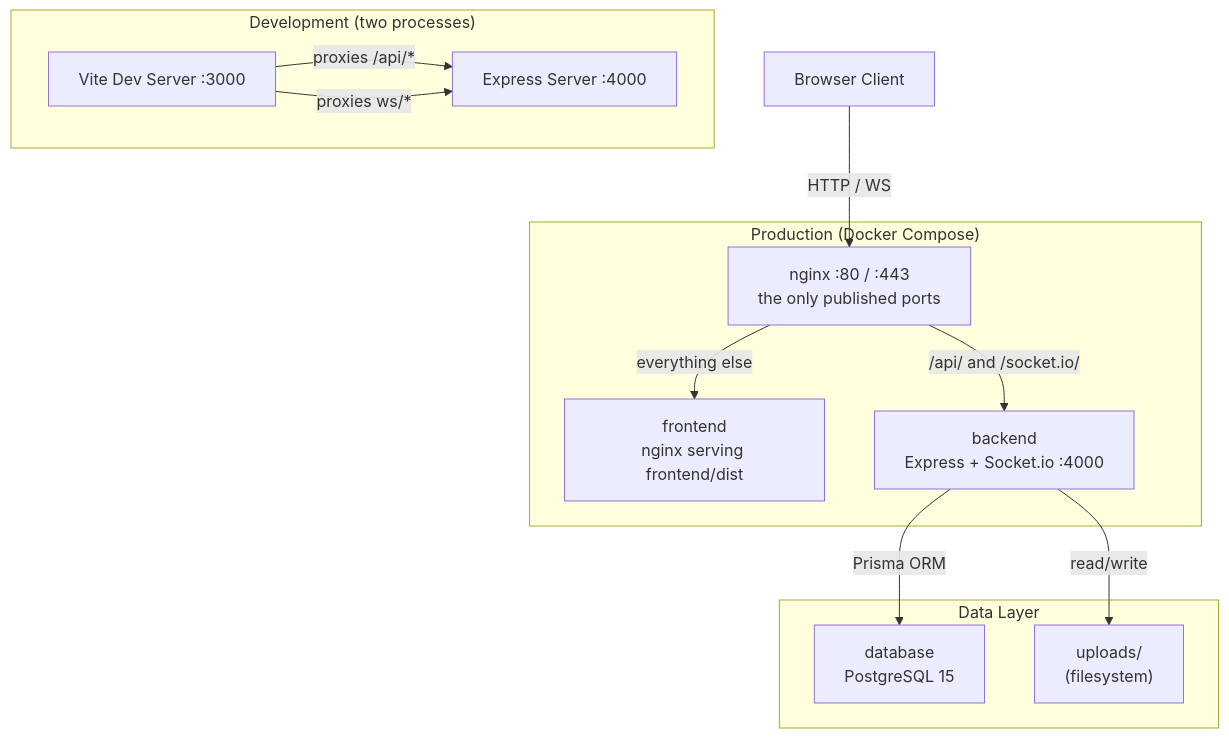
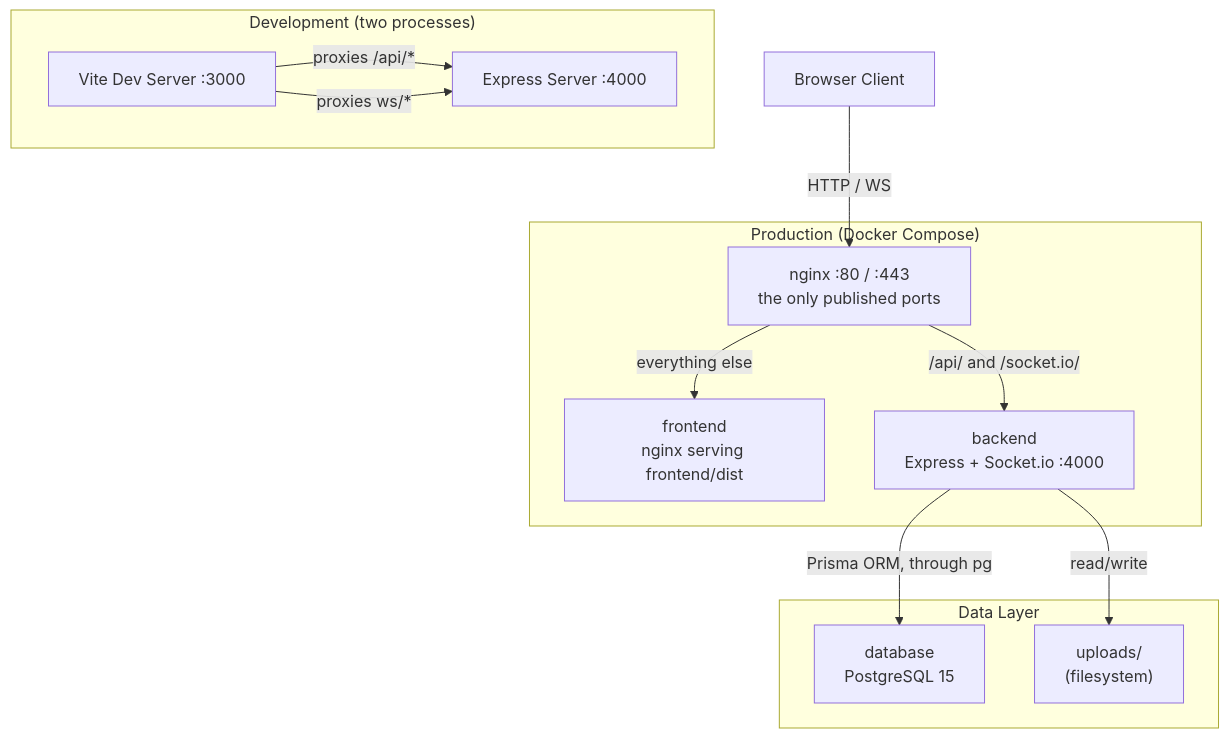
One commit to CheekyChinchilla/CozyVTT changed the first of 6 diagrams in docs/ARCHITECTURE.md. Above: the diagram before and after it, drawn with Mermaid. The commit also changed other lines of this file and 35 other files, not shown here.

````diff
--- a/docs/ARCHITECTURE.md
+++ b/docs/ARCHITECTURE.md
@@ -25,28 +25,28 @@
 ```mermaid
 graph TB
     Browser["Browser Client"]
 
     subgraph Production["Production (Docker Compose)"]
         Nginx["nginx :80 / :443\nthe only published ports"]
         Frontend["frontend\nnginx serving frontend/dist"]
         Backend["backend\nExpress + Socket.io :4000"]
         Nginx -- "/api/ and /socket.io/" --> Backend
         Nginx -- "everything else" --> Frontend
     end
 
     subgraph Development["Development (two processes)"]
         ViteDev["Vite Dev Server :3000"]
         BackendDev["Express Server :4000"]
         ViteDev -- proxies /api/* --> BackendDev
         ViteDev -- proxies ws/* --> BackendDev
     end
 
     subgraph Data["Data Layer"]
         Postgres["database\nPostgreSQL 15"]
         Uploads["uploads/\n(filesystem)"]
     end
 
     Browser -- "HTTP / WS" --> Nginx
-    Backend -- "Prisma ORM" --> Postgres
+    Backend -- "Prisma ORM, through pg" --> Postgres
     Backend -- "read/write" --> Uploads
 ```
````
